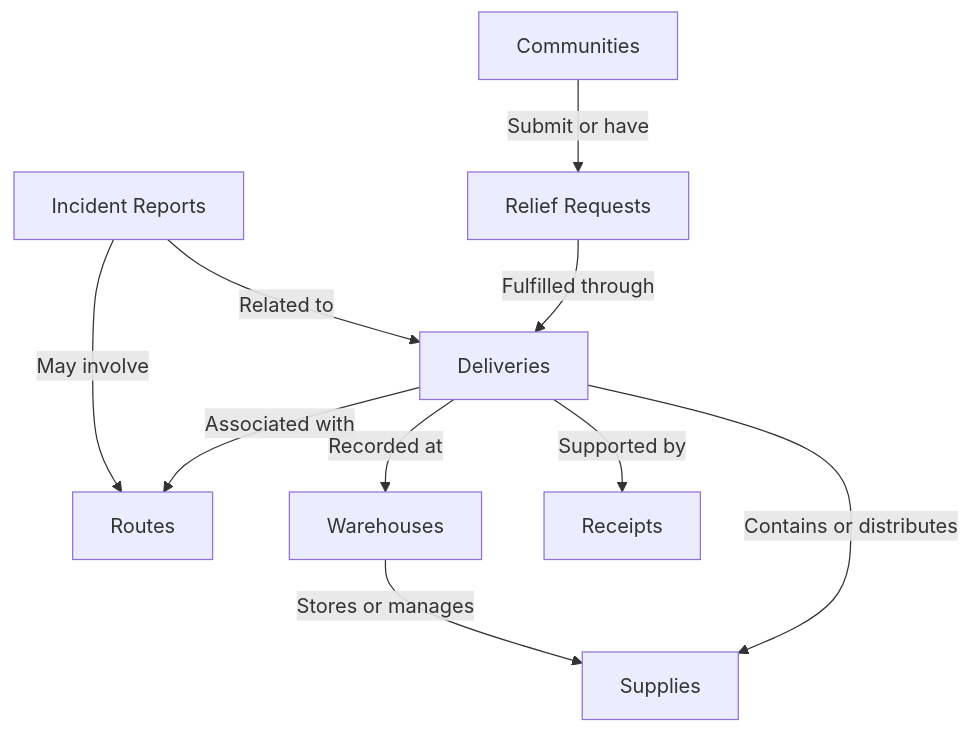
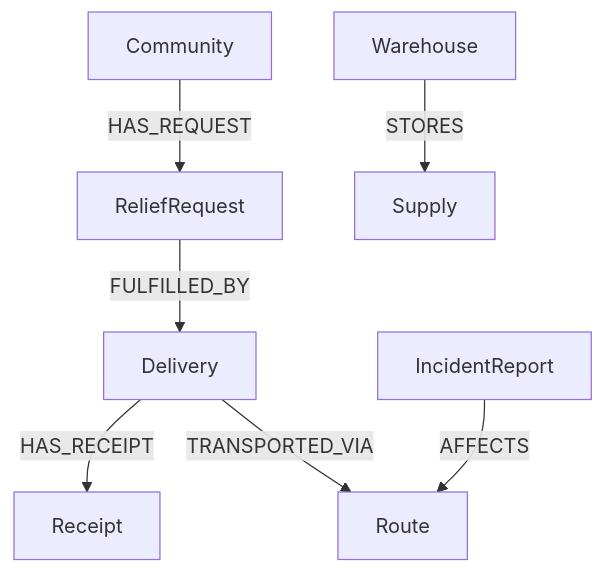
The diagram in README.md (YADHUKISHANTR/AidTrace), drawn with Mermaid before and after one commit. The commit also changed other lines of this file, not shown here.

Commit message:
Update Graph Data model and Graph relationship

````diff
--- a/README.md
+++ b/README.md
@@ -67,12 +69,9 @@
 ```mermaid
 flowchart TD
-    C[Communities] -->|Submit or have| R[Relief Requests]
-    R -->|Fulfilled through| D[Deliveries]
-    D -->|Associated with| RT[Routes]
-    D -->|Recorded at| W[Warehouses]
-    D -->|Contains or distributes| S[Supplies]
-    D -->|Supported by| RC[Receipts]
-    I[Incident Reports] -->|Related to| D
-    I -->|May involve| RT
-    W -->|Stores or manages| S
+    C["Community"] -->|HAS_REQUEST| R["ReliefRequest"]
+    R -->|FULFILLED_BY| D["Delivery"]
+    D -->|HAS_RECEIPT| REC["Receipt"]
+    D -->|TRANSPORTED_VIA| RT["Route"]
+    I["IncidentReport"] -->|AFFECTS| RT
+    W["Warehouse"] -->|STORES| S["Supply"]
 ```
````
